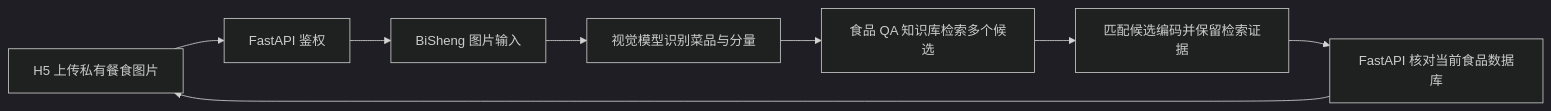
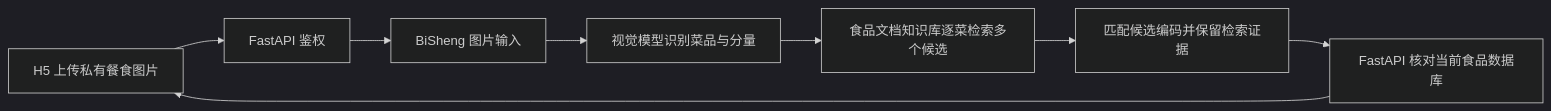
One commit to Fleur520/ai-nutritionist-h5 changed the diagram in docs/BISHENG_FOOD_RECOGNITION.md. Above: the diagram before and after it, drawn with Mermaid (dark theme). The commit also changed other lines of this file and 6 other files, not shown here.

````diff
--- a/docs/BISHENG_FOOD_RECOGNITION.md
+++ b/docs/BISHENG_FOOD_RECOGNITION.md
@@ -7,10 +7,10 @@
 ```mermaid
 flowchart LR
  H[H5 上传私有餐食图片] --> A[FastAPI 鉴权]
  A --> I[BiSheng 图片输入]
  I --> V[视觉模型识别菜品与分量]
- V --> K[食品 QA 知识库检索多个候选]
+ V --> K[食品文档知识库逐菜检索多个候选]
  K --> M[匹配候选编码并保留检索证据]
  M --> D[FastAPI 核对当前食品数据库]
  D --> H
 ```
````
